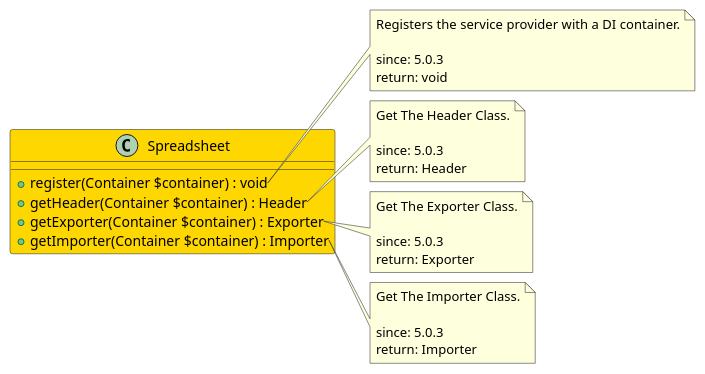
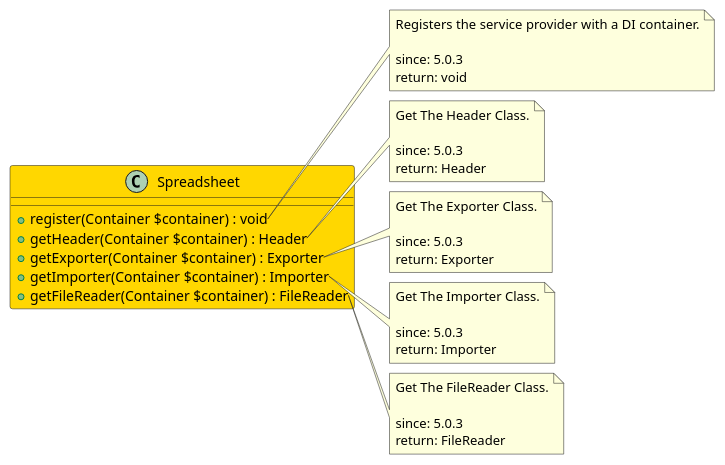
The diagram in src/c4a188de-ad78-4a6d-9d5b-01866846d701/README.md (joomengine/super-powers), drawn with PlantUML before and after one commit. The commit also changed 19 other files, not shown here.

````diff
--- a/src/c4a188de-ad78-4a6d-9d5b-01866846d701/README.md
+++ b/src/c4a188de-ad78-4a6d-9d5b-01866846d701/README.md
@@ -12,39 +12,47 @@
 ```uml
 @startuml
 class Spreadsheet  #Gold {
   + register(Container $container) : void
   + getHeader(Container $container) : Header
   + getExporter(Container $container) : Exporter
   + getImporter(Container $container) : Importer
+  + getFileReader(Container $container) : FileReader
 }
 
 note right of Spreadsheet::register
   Registers the service provider with a DI container.
 
   since: 5.0.3
   return: void
 end note
 
 note right of Spreadsheet::getHeader
   Get The Header Class.
 
   since: 5.0.3
   return: Header
 end note
 
 note right of Spreadsheet::getExporter
   Get The Exporter Class.
 
   since: 5.0.3
   return: Exporter
 end note
 
 note right of Spreadsheet::getImporter
   Get The Importer Class.
 
   since: 5.0.3
   return: Importer
 end note
+
+note right of Spreadsheet::getFileReader
+  Get The FileReader Class.
+
+  since: 5.0.3
+  return: FileReader
+end note
  
 @enduml
 ```
````
